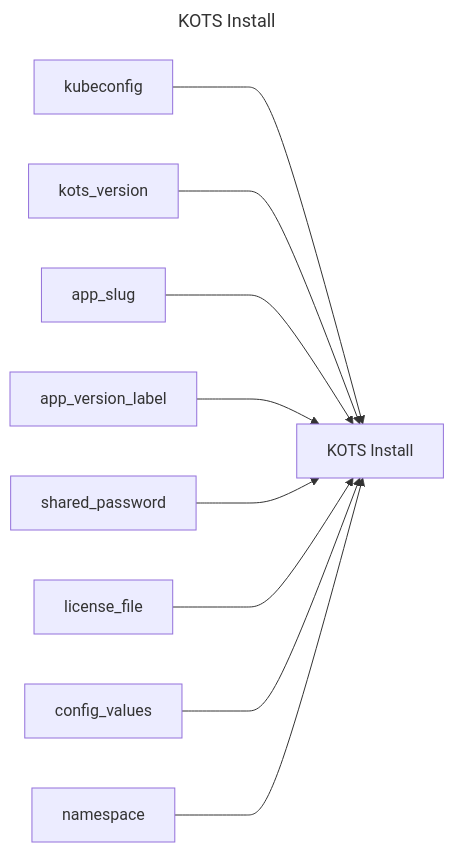
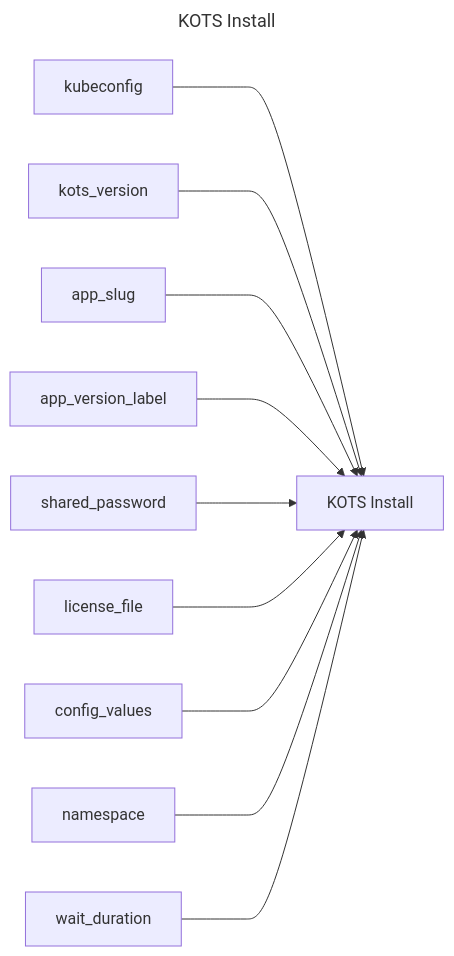
One commit to replicatedhq/replicated-actions changed the diagram in kots-install/README.md. Above: the diagram before and after it, drawn with Mermaid. The commit also changed other lines of this file and 3 other files, not shown here.

````diff
--- a/kots-install/README.md
+++ b/kots-install/README.md
@@ -3,15 +3,16 @@
 ```mermaid
 ---
 title: KOTS Install
 ---
 graph LR
 kots_install["KOTS Install"]
 kubeconfig ---> kots_install
 kots_version ---> kots_install
 app_slug ---> kots_install
 app_version_label ---> kots_install
 shared_password ---> kots_install
 license_file ---> kots_install
 config_values ---> kots_install
 namespace ---> kots_install
+wait_duration ---> kots_install
 ```
````
